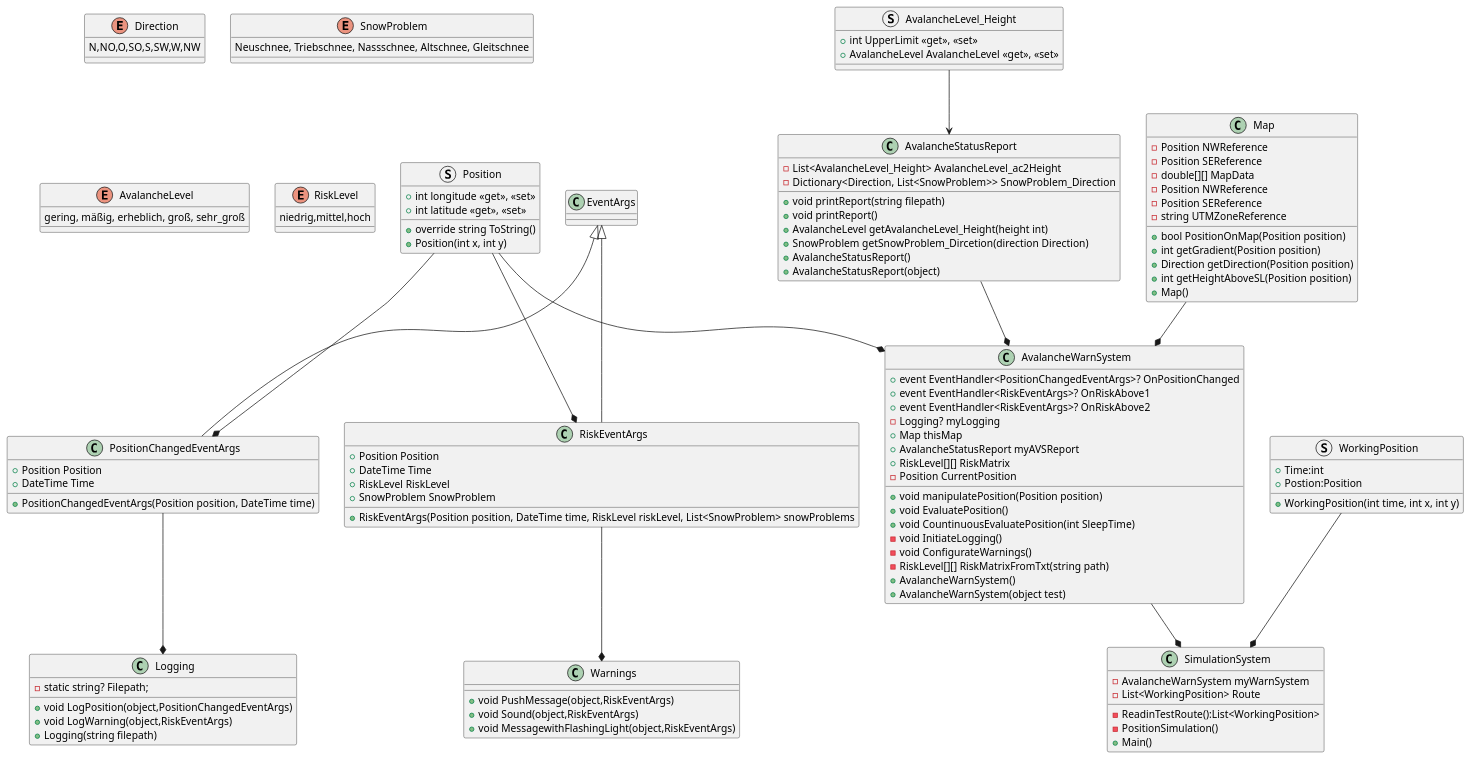
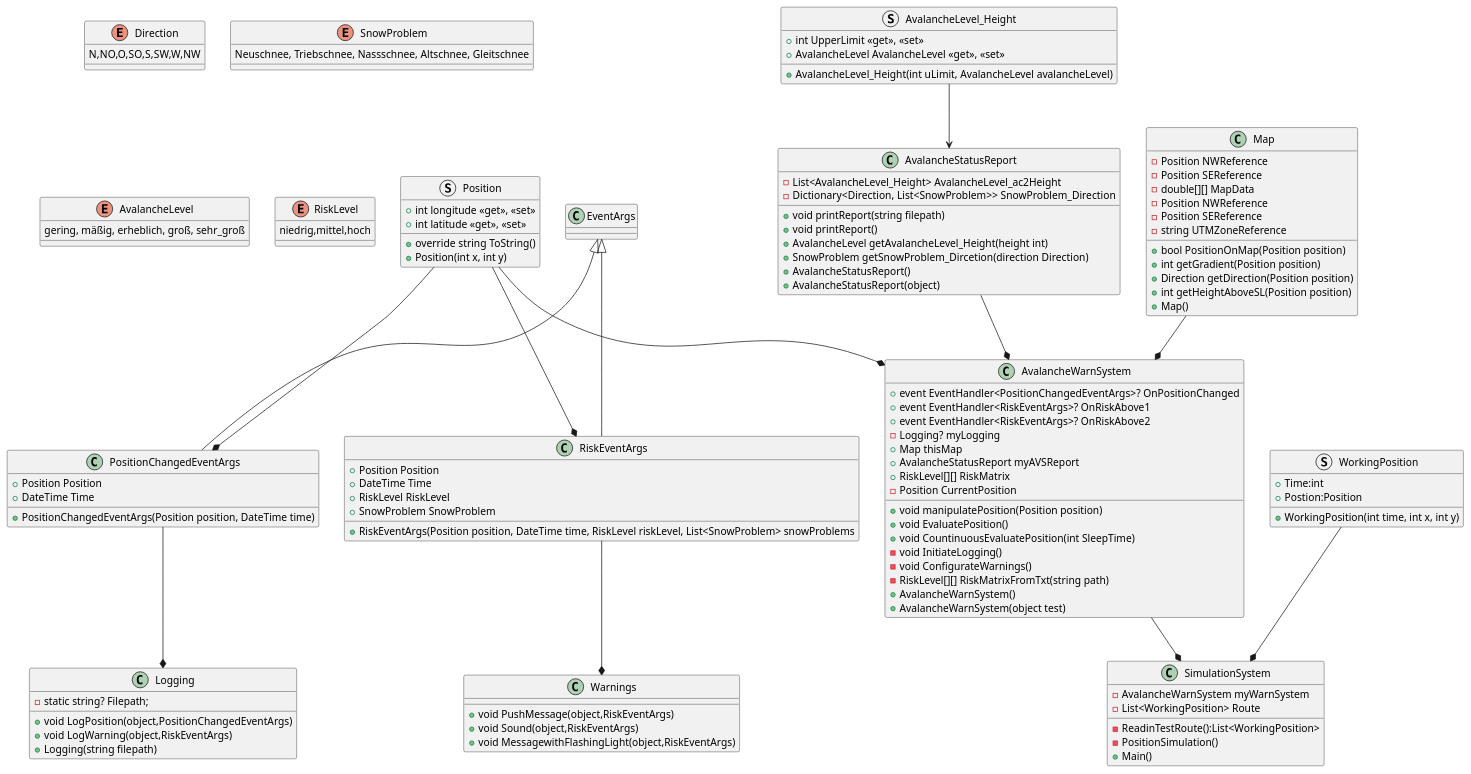
One commit to ganz-anders/poorgrammar changed the diagram in ClassDiagram.puml. Above: the diagram before and after it, drawn with PlantUML. The commit also changed 2 other files, not shown here.

Commit message:
commenting AvalanchLevel_Height struct, dividing files, updating the ClasDiagram

```diff
--- a/ClassDiagram.puml
+++ b/ClassDiagram.puml
@@ -1,142 +1,143 @@
 @startuml ClassDiagram
 enum Direction
 {
     N,NO,O,SO,S,SW,W,NW
 }
 
 enum SnowProblem
 {
     Neuschnee, Triebschnee, Nassschnee, Altschnee, Gleitschnee
 }
 
 enum AvalancheLevel
 {
     gering, mäßig, erheblich, groß, sehr_groß
 }
 
 enum RiskLevel
 {
     niedrig,mittel,hoch
 }
 
 struct Position
 {
     + int longitude <<get>>, <<set>>
     + int latitude <<get>>, <<set>>
     + override string ToString()
     + Position(int x, int y)
 }
 
 struct AvalancheLevel_Height
 {
     + int UpperLimit <<get>>, <<set>>
     + AvalancheLevel AvalancheLevel <<get>>, <<set>>
+    + AvalancheLevel_Height(int uLimit, AvalancheLevel avalancheLevel)
 }
 
 class AvalancheStatusReport
 {
     - List<AvalancheLevel_Height> AvalancheLevel_ac2Height
     - Dictionary<Direction, List<SnowProblem>> SnowProblem_Direction
     + void printReport(string filepath)
     + void printReport()
     + AvalancheLevel getAvalancheLevel_Height(height int)
     + SnowProblem getSnowProblem_Dircetion(direction Direction)
     + AvalancheStatusReport()
     + AvalancheStatusReport(object)
 }
 
 class Map
 {
     - Position NWReference
     - Position SEReference
     - double[][] MapData
     - Position NWReference
     - Position SEReference
     - string UTMZoneReference
     + bool PositionOnMap(Position position)
     + int getGradient(Position position)
     + Direction getDirection(Position position)
     + int getHeightAboveSL(Position position)
     + Map()
 }
 
 class Warnings
 {
     + void PushMessage(object,RiskEventArgs)
     + void Sound(object,RiskEventArgs)
     + void MessagewithFlashingLight(object,RiskEventArgs)
 }
 
 class Logging
 {
     - static string? Filepath;
     + void LogPosition(object,PositionChangedEventArgs)
     + void LogWarning(object,RiskEventArgs)
     + Logging(string filepath)
 }
 
 class PositionChangedEventArgs
 {
     + Position Position
     + DateTime Time
     + PositionChangedEventArgs(Position position, DateTime time)
 }
 
 class RiskEventArgs
 {
     + Position Position
     + DateTime Time
     + RiskLevel RiskLevel
     + SnowProblem SnowProblem
     + RiskEventArgs(Position position, DateTime time, RiskLevel riskLevel, List<SnowProblem> snowProblems
 }
 
 class AvalancheWarnSystem
 {
     + event EventHandler<PositionChangedEventArgs>? OnPositionChanged
     + event EventHandler<RiskEventArgs>? OnRiskAbove1
     + event EventHandler<RiskEventArgs>? OnRiskAbove2
     - Logging? myLogging
     + Map thisMap
     + AvalancheStatusReport myAVSReport
     + RiskLevel[][] RiskMatrix
     - Position CurrentPosition 
     + void manipulatePosition(Position position)
     + void EvaluatePosition()
     + void CountinuousEvaluatePosition(int SleepTime)
     - void InitiateLogging()
     - void ConfigurateWarnings()
     - RiskLevel[][] RiskMatrixFromTxt(string path)
     + AvalancheWarnSystem()
     + AvalancheWarnSystem(object test)
 }
 
 struct WorkingPosition
 {
     + Time:int
     + Postion:Position
     + WorkingPosition(int time, int x, int y)    
 }
 class SimulationSystem
 {
     - AvalancheWarnSystem myWarnSystem
     - List<WorkingPosition> Route
     - ReadinTestRoute():List<WorkingPosition>
     - PositionSimulation()
     + Main()
 }
 
 RiskEventArgs --* Warnings
 PositionChangedEventArgs --* Logging
 EventArgs <|-- RiskEventArgs
 EventArgs <|-- PositionChangedEventArgs
 AvalancheLevel_Height --> AvalancheStatusReport
 Position --* RiskEventArgs
 Position --* PositionChangedEventArgs
 Position --* AvalancheWarnSystem
 AvalancheStatusReport --* AvalancheWarnSystem
 Map --* AvalancheWarnSystem
 AvalancheWarnSystem --* SimulationSystem
 WorkingPosition --* SimulationSystem
 
 @enduml
```
